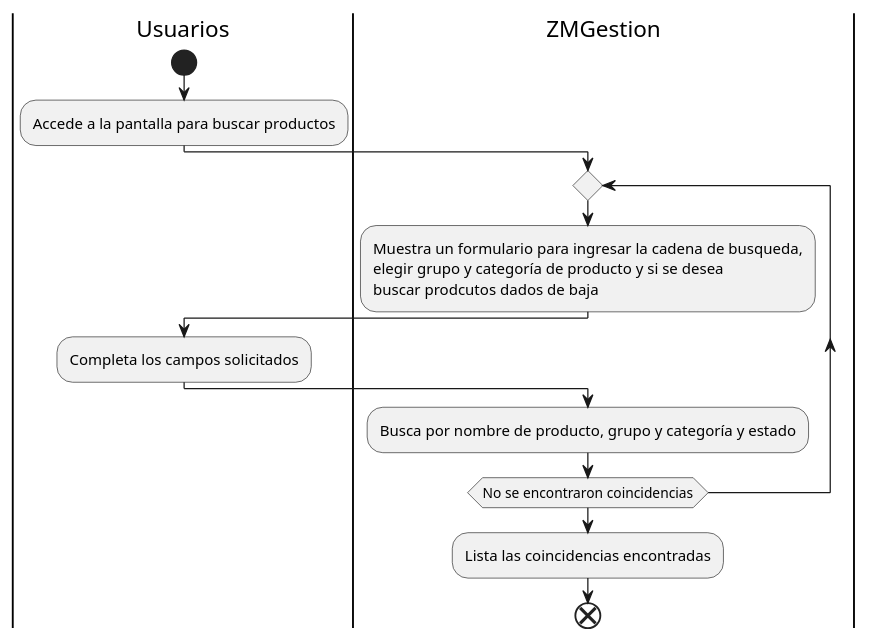
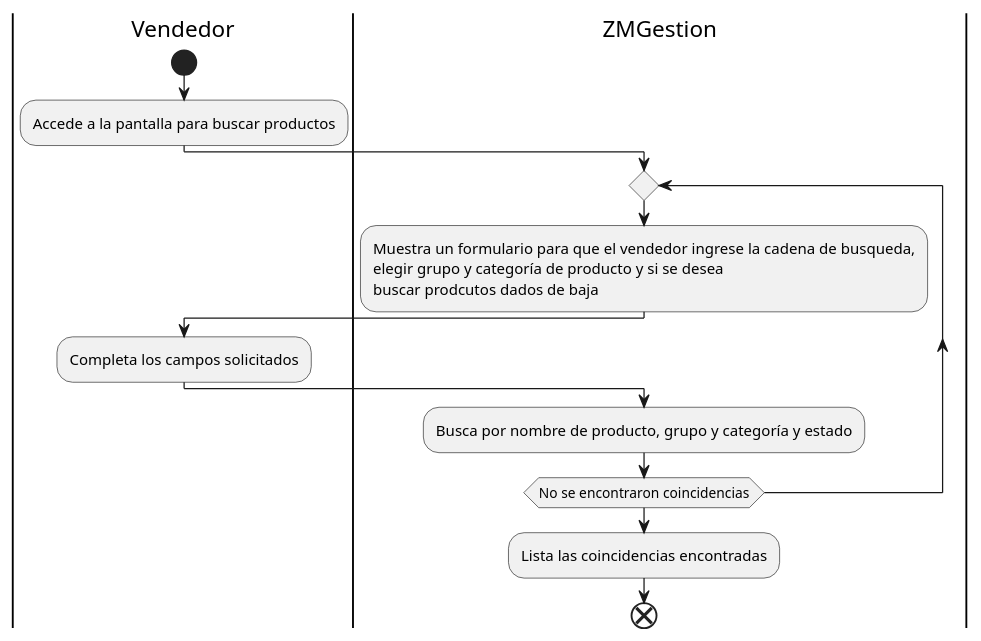
Before and after one commit to ZMGestion/DocumentacionZMGestion: the diagram in Informe Final/DiagramasActividad/buscarAvanzadoProductos.puml, drawn with PlantUML. The commit also changed 28 other files, not shown here.

Commit message:
Nuevo descripciones textuales de casos de uso y diagramas de actividad.

```diff
--- a/Informe Final/DiagramasActividad/buscarAvanzadoProductos.puml
+++ b/Informe Final/DiagramasActividad/buscarAvanzadoProductos.puml
@@ -1,17 +1,17 @@
 @startuml buscarAvanzadoProductos
-|Usuarios|
+|Vendedor|
 start
 :Accede a la pantalla para buscar productos;
 |ZMGestion|
 repeat
-:Muestra un formulario para ingresar la cadena de busqueda,
+:Muestra un formulario para que el vendedor ingrese la cadena de busqueda,
 elegir grupo y categoría de producto y si se desea 
 buscar prodcutos dados de baja;
-|Usuarios|
+|Vendedor|
 :Completa los campos solicitados;
 |ZMGestion| 
 :Busca por nombre de producto, grupo y categoría y estado;
 repeat while(No se encontraron coincidencias)
 :Lista las coincidencias encontradas;
 end
 @enduml
```
